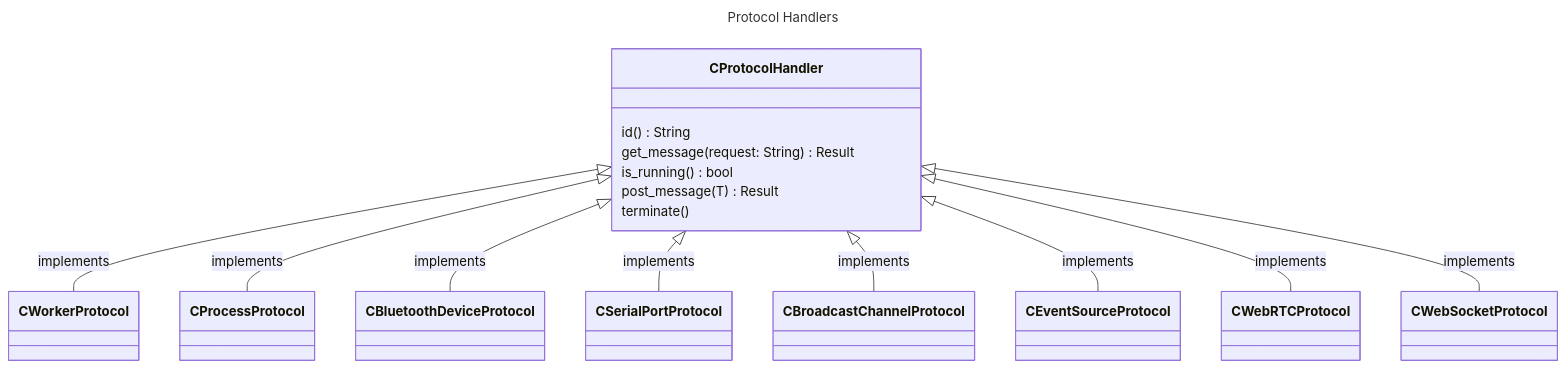
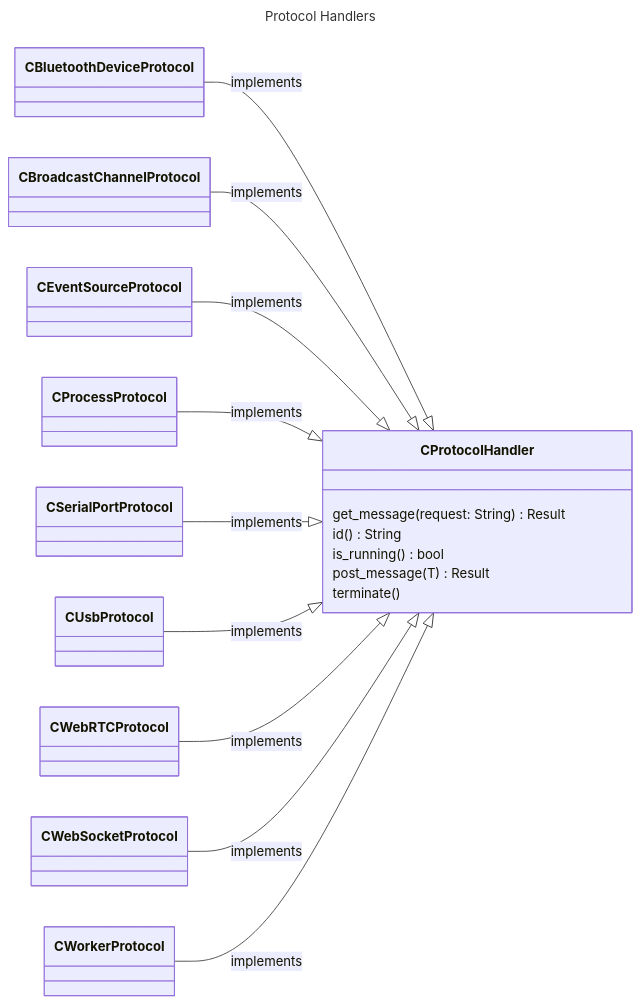
The diagram in mdbook/src/1.0_functional-decomposition.md (CodeMelted/codemelted.rs), drawn with Mermaid before and after one commit. The commit also changed other lines of this file and 17 other files, not shown here.

````diff
--- a/mdbook/src/1.0_functional-decomposition.md
+++ b/mdbook/src/1.0_functional-decomposition.md
@@ -38,30 +53,33 @@
 ```mermaid
 ---
 title: Protocol Handlers
 ---
 classDiagram
-  direction BT
+  direction LR
   class CProtocolHandler {
+    get_message(request: String) Result
     id() String
-    get_message(request: String) Result
     is_running() bool
     post_message(T) Result
     terminate()
   }
-  class CWorkerProtocol
+  class CBroadcastChannelProtocol
+  class CBluetoothDeviceProtocol
+  class CEventSourceProtocol
   class CProcessProtocol
-  class CBluetoothDeviceProtocol
   class CSerialPortProtocol
-  class CBroadcastChannelProtocol
-  class CEventSourceProtocol
+  class CUsbProtocol
   class CWebRTCProtocol
   class CWebSocketProtocol
-  CWorkerProtocol --|> CProtocolHandler: implements
-  CProcessProtocol --|> CProtocolHandler: implements
+  class CWorkerProtocol
+
   CBluetoothDeviceProtocol --|> CProtocolHandler: implements
-  CSerialPortProtocol --|> CProtocolHandler: implements
   CBroadcastChannelProtocol --|> CProtocolHandler: implements
   CEventSourceProtocol --|> CProtocolHandler: implements
+  CProcessProtocol --|> CProtocolHandler: implements
+  CSerialPortProtocol --|> CProtocolHandler: implements
+  CUsbProtocol --|> CProtocolHandler: implements
   CWebRTCProtocol --|> CProtocolHandler: implements
   CWebSocketProtocol --|> CProtocolHandler: implements
+  CWorkerProtocol --|> CProtocolHandler: implements
 ```
````
